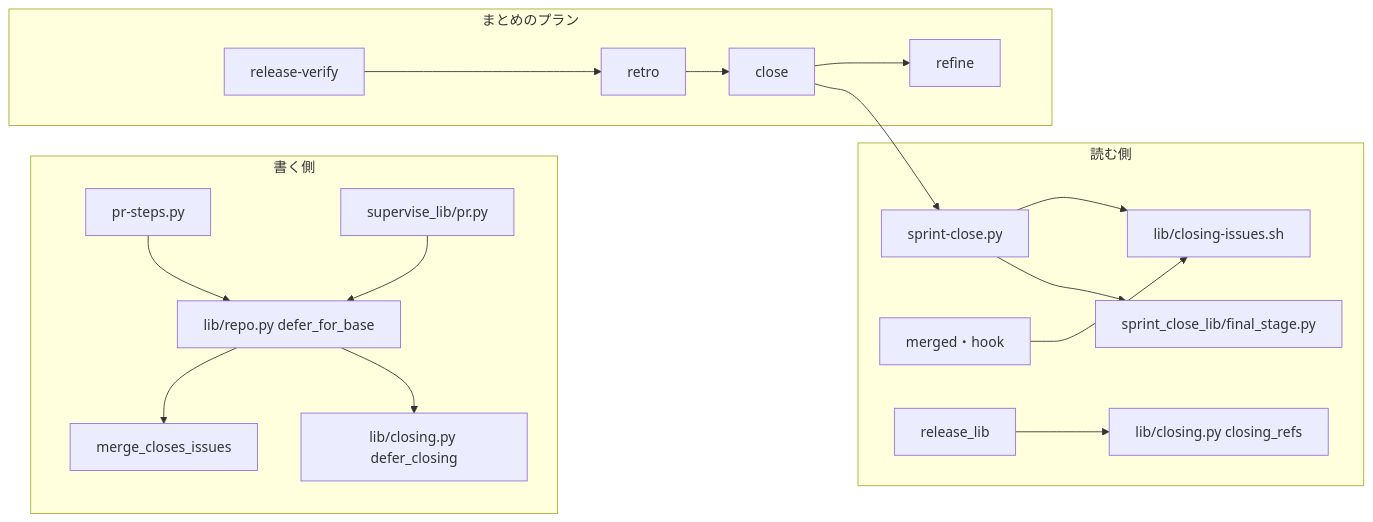
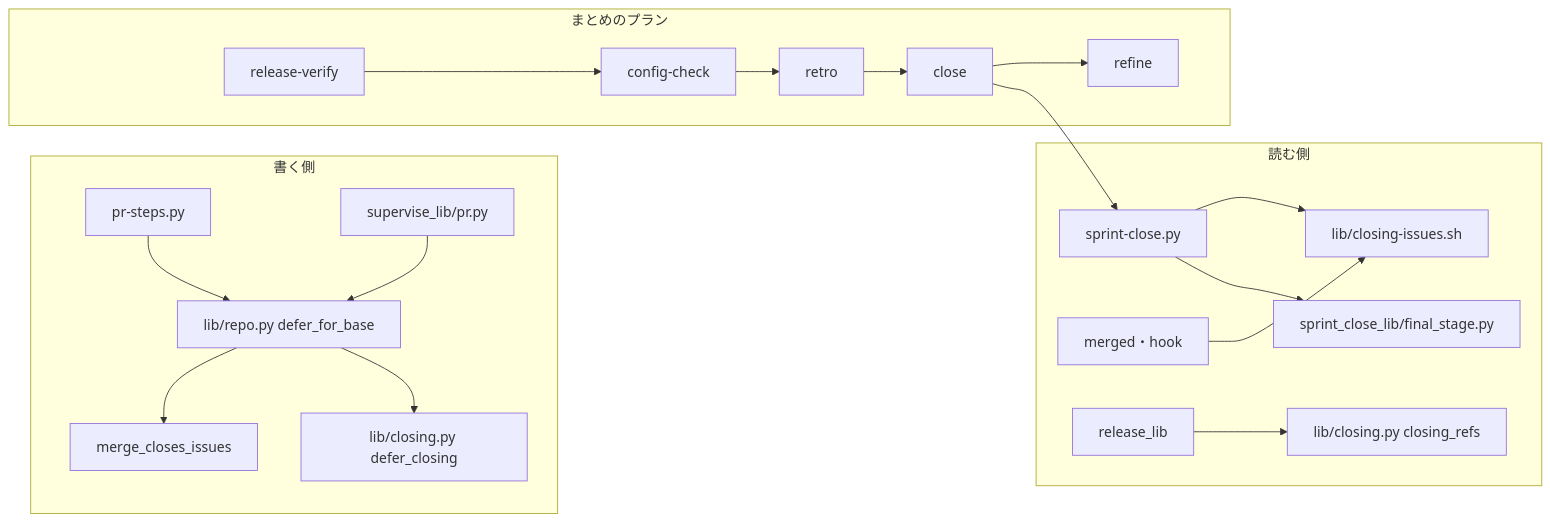
The first of 3 diagrams in docs/specifications/ndf-sprint-close-final-stage.md (devbasex/ai-plugins), drawn with Mermaid before and after one commit. The commit also changed other lines of this file and 1 other file, not shown here.

````diff
--- a/docs/specifications/ndf-sprint-close-final-stage.md
+++ b/docs/specifications/ndf-sprint-close-final-stage.md
@@ -50,19 +50,19 @@
 ```mermaid
 graph LR
   subgraph 書く側
     PRS[pr-steps.py] --> DFB[lib/repo.py defer_for_base]
     PLPR[supervise_lib/pr.py] --> DFB
     DFB --> MCI[merge_closes_issues]
     DFB --> DEF[lib/closing.py defer_closing]
   end
   subgraph 読む側
     SC[sprint-close.py] --> CIS[lib/closing-issues.sh]
     MRG[merged・hook] --> CIS
     REL[release_lib] --> CPY[lib/closing.py closing_refs]
     SC --> FS[sprint_close_lib/final_stage.py]
   end
   subgraph まとめのプラン
-    RV[release-verify] --> RT[retro] --> CL[close] --> RF[refine]
+    RV[release-verify] --> CC[config-check] --> RT[retro] --> CL[close] --> RF[refine]
   end
   CL --> SC
 ```
````
